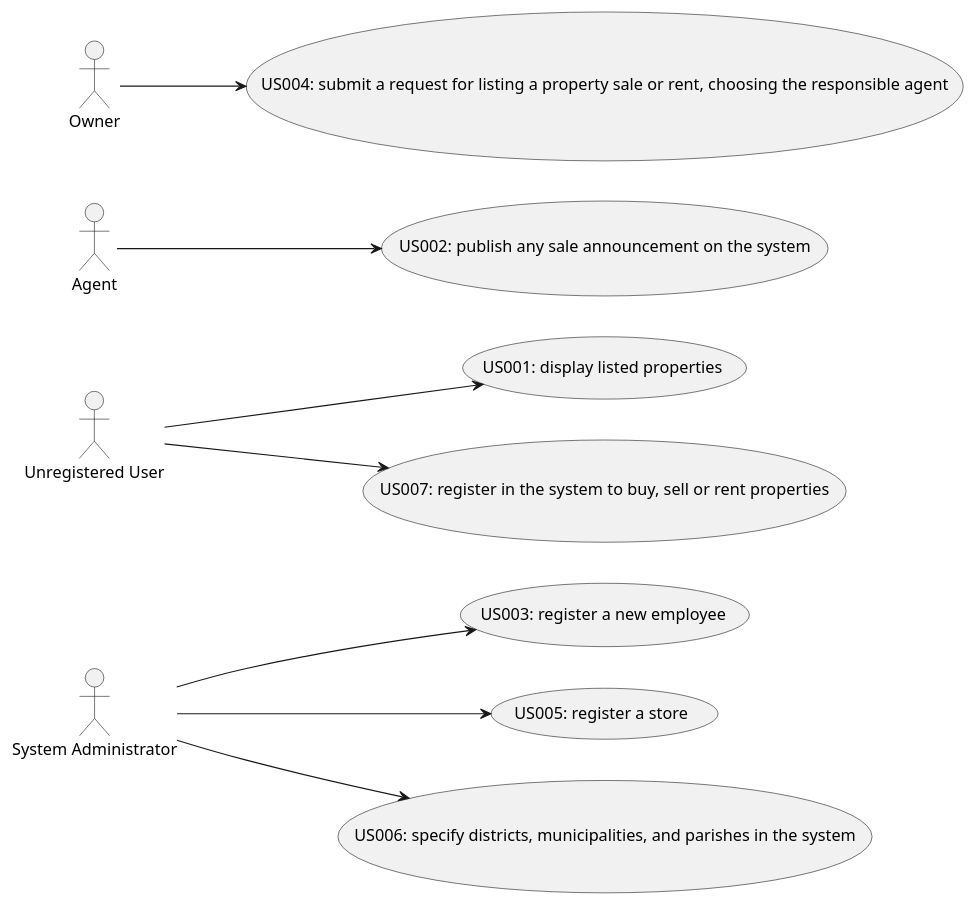
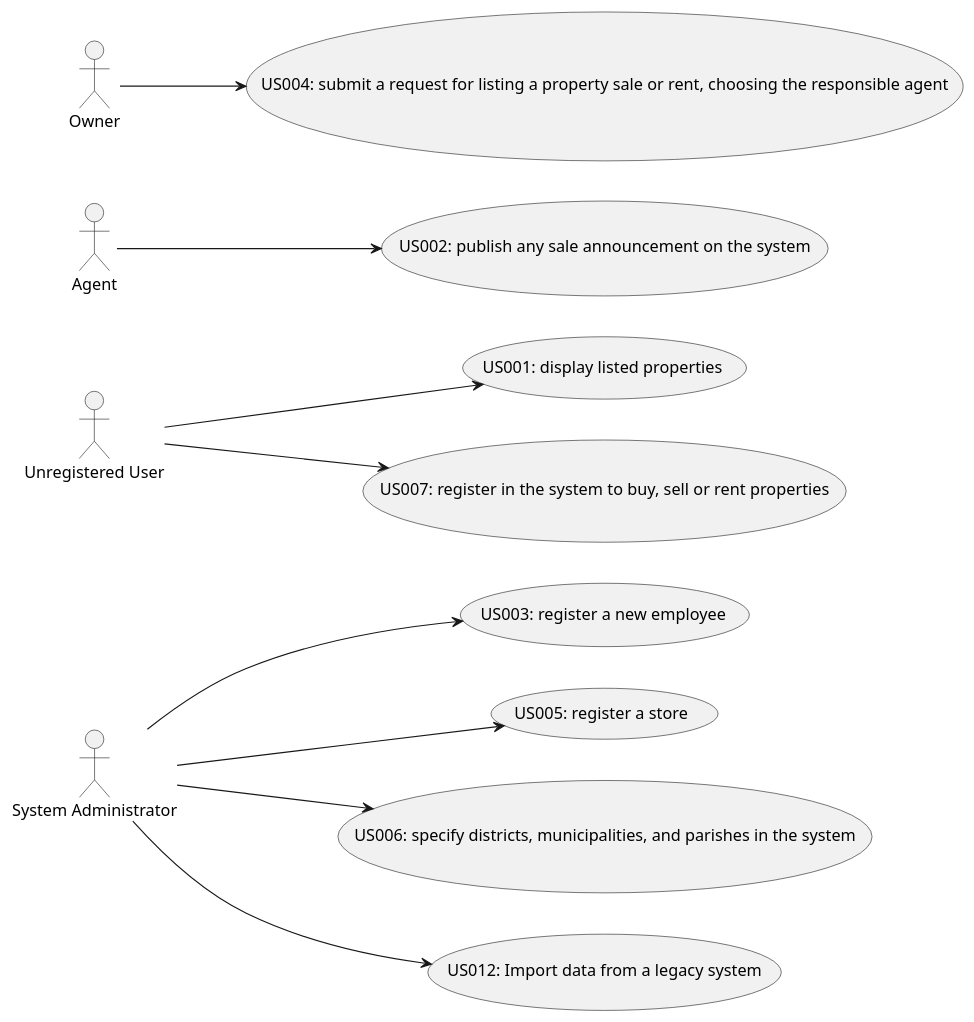
One commit to tiagohcorreia/LAPR2 changed the diagram in docs/sprintC/global-artifacts/01.requirements-engineering/puml/UCD.puml. Above: the diagram before and after it, drawn with PlantUML. The commit also changed 1 other file, not shown here.

Commit message:
Global artifacts - updated the Use Case diagram

```diff
--- a/docs/sprintC/global-artifacts/01.requirements-engineering/puml/UCD.puml
+++ b/docs/sprintC/global-artifacts/01.requirements-engineering/puml/UCD.puml
@@ -1,24 +1,26 @@
 @startuml
 
 :System Administrator: as Admin
 :Unregistered User: as UnregUser
 :Agent: as Agent
 :Owner: as Owner
 
 Left to right direction
 
 UnregUser --> (US001: display listed properties)
 
 Agent --> (US002: publish any sale announcement on the system)
 
 Admin --> (US003: register a new employee)
 
 Owner --> (US004: submit a request for listing a property sale or rent, choosing the responsible agent)
 
 Admin --> (US005: register a store)
 
 Admin --> (US006: specify districts, municipalities, and parishes in the system)
 
 UnregUser --> (US007: register in the system to buy, sell or rent properties)
 
+Admin --> (US012: Import data from a legacy system)
+
 @enduml
```
